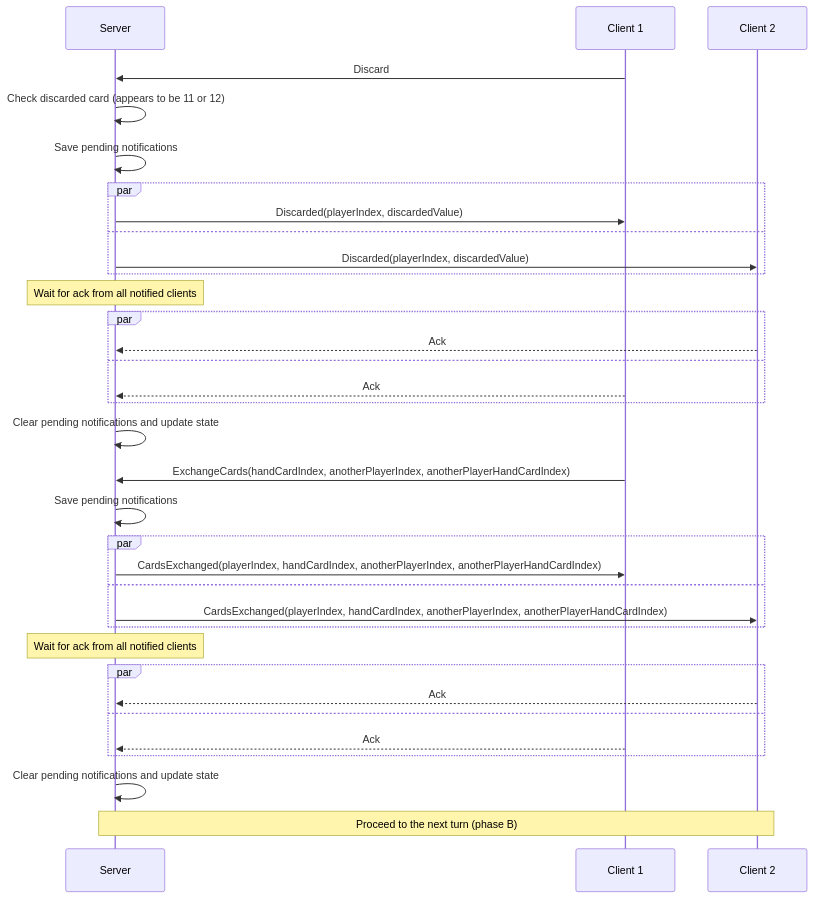
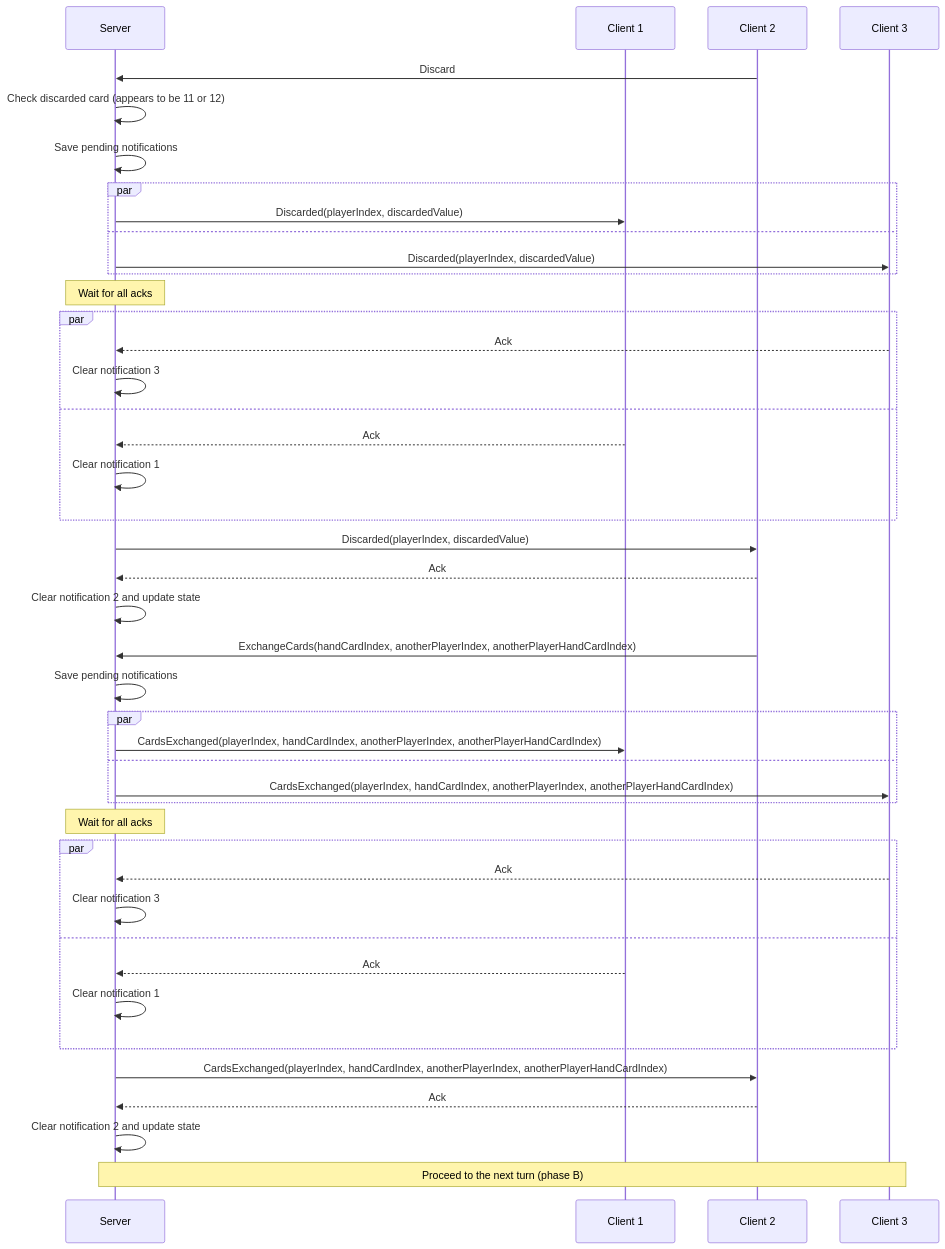
Diagram 13 of 15 in README.md (roman-zubarevich/another), drawn with Mermaid before and after one commit. The commit also changed other lines of this file, not shown here.

````diff
--- a/README.md
+++ b/README.md
@@ -337,36 +402,45 @@
 ```mermaid
 sequenceDiagram
     participant S as Server
     participant C1 as Client 1
     participant C2 as Client 2
-    C1->>S: Discard
+    participant C3 as Client 3
+    C2->>S: Discard
     S->>S: Check discarded card (appears to be 11 or 12)
     S->>S: Save pending notifications
     par
         S->>C1: Discarded(playerIndex, discardedValue)
     and
-        S->>C2: Discarded(playerIndex, discardedValue)
+        S->>C3: Discarded(playerIndex, discardedValue)
     end
-    Note over S: Wait for ack from all notified clients
+    Note over S: Wait for all acks
     par
-        C2-->>S: Ack
+        C3-->>S: Ack
+        S->>S: Clear notification 3
     and
         C1-->>S: Ack
+        S->>S: Clear notification 1
     end
-    S->>S: Clear pending notifications and update state
-    C1->>S: ExchangeCards(handCardIndex, anotherPlayerIndex, anotherPlayerHandCardIndex)
+    S->>C2: Discarded(playerIndex, discardedValue)
+    C2-->>S: Ack
+    S->>S: Clear notification 2 and update state
+    C2->>S: ExchangeCards(handCardIndex, anotherPlayerIndex, anotherPlayerHandCardIndex)
     S->>S: Save pending notifications
     par
         S->>C1: CardsExchanged(playerIndex, handCardIndex, anotherPlayerIndex, anotherPlayerHandCardIndex)
     and
-        S->>C2: CardsExchanged(playerIndex, handCardIndex, anotherPlayerIndex, anotherPlayerHandCardIndex)
+        S->>C3: CardsExchanged(playerIndex, handCardIndex, anotherPlayerIndex, anotherPlayerHandCardIndex)
     end
-    Note over S: Wait for ack from all notified clients
+    Note over S: Wait for all acks
     par
-        C2-->>S: Ack
+        C3-->>S: Ack
+        S->>S: Clear notification 3
     and
         C1-->>S: Ack
+        S->>S: Clear notification 1
     end
-    S->>S: Clear pending notifications and update state
-    Note over S,C2: Proceed to the next turn (phase B)
+    S->>C2: CardsExchanged(playerIndex, handCardIndex, anotherPlayerIndex, anotherPlayerHandCardIndex)
+    C2-->>S: Ack
+    S->>S: Clear notification 2 and update state
+    Note over S,C3: Proceed to the next turn (phase B)
 ```
````
